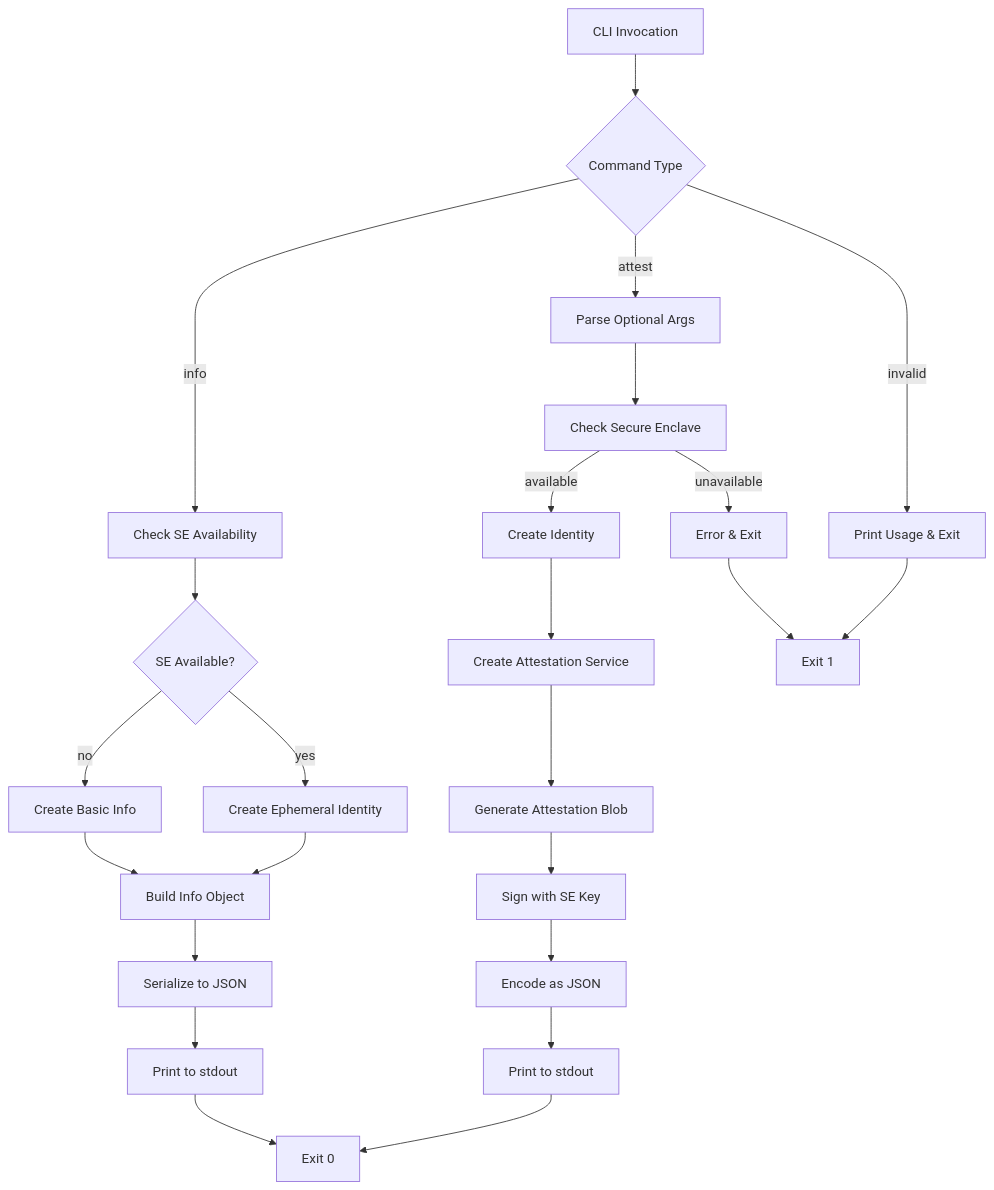
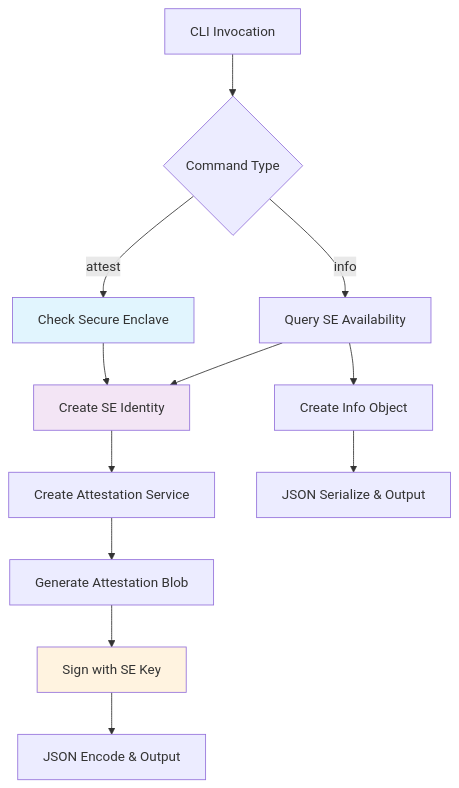
Before and after one commit to researchoors/knowledge-maintenance: the diagram in artifacts/d-inference/service_analyses/EigenInferenceEnclaveCLI.md, drawn with Mermaid. The commit also changed other lines of this file and 23 other files, not shown here.

````diff
--- a/artifacts/d-inference/service_analyses/EigenInferenceEnclaveCLI.md
+++ b/artifacts/d-inference/service_analyses/EigenInferenceEnclaveCLI.md
@@ -58,30 +34,18 @@
 ```mermaid
 graph TD
     A[CLI Invocation] --> B{Command Type}
-    B -->|attest| C[Parse Optional Args]
-    B -->|info| D[Check SE Availability]
-    B -->|invalid| E[Print Usage & Exit]
+    B -->|attest| C[Check Secure Enclave]
+    B -->|info| D[Query SE Availability]
+    C --> E[Create SE Identity]
+    D --> E
+    E --> F[Create Attestation Service]
+    F --> G[Generate Attestation Blob]
+    G --> H[Sign with SE Key]
+    H --> I[JSON Encode & Output]
+    D --> J[Create Info Object]
+    J --> K[JSON Serialize & Output]
     
-    C --> F[Check Secure Enclave]
-    F -->|unavailable| G[Error & Exit]
-    F -->|available| H[Create Identity]
-    
-    H --> I[Create Attestation Service]
-    I --> J[Generate Attestation Blob]
-    J --> K[Sign with SE Key]
-    K --> L[Encode as JSON]
-    L --> M[Print to stdout]
-    
-    D --> N{SE Available?}
-    N -->|yes| O[Create Ephemeral Identity]
-    N -->|no| P[Create Basic Info]
-    O --> Q[Build Info Object]
-    P --> Q
-    Q --> R[Serialize to JSON]
-    R --> S[Print to stdout]
-    
-    E --> T[Exit 1]
-    G --> T
-    M --> U[Exit 0]
-    S --> U
+    style C fill:#e1f5fe
+    style E fill:#f3e5f5
+    style H fill:#fff3e0
 ```
````
